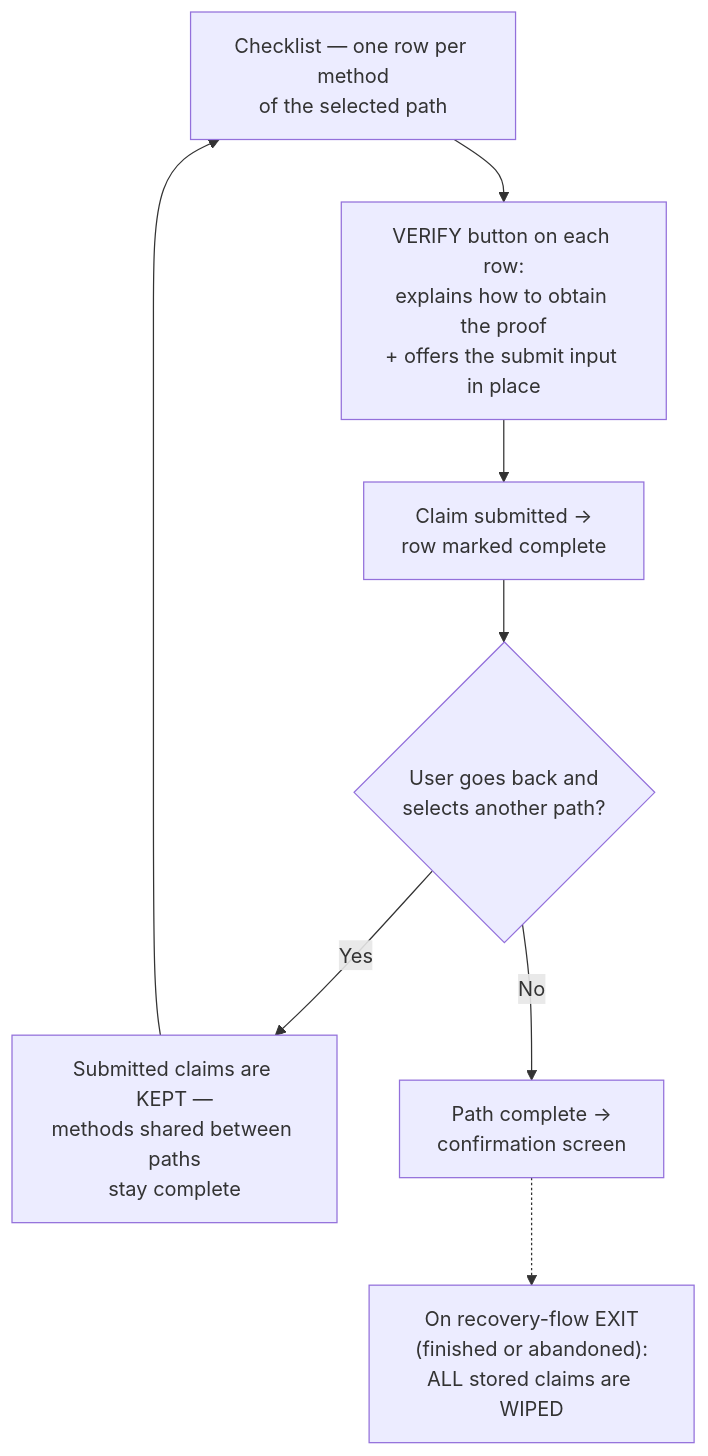
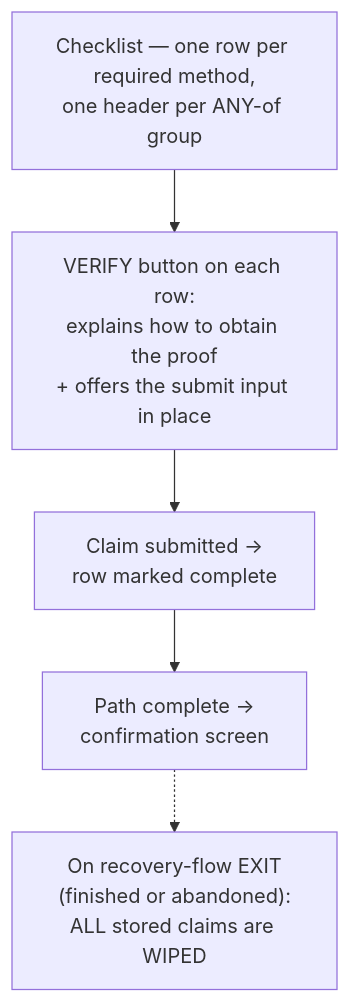
Before and after one commit to FiboAtWonder/kohaku-extension: the ninth of 14 diagrams in social-recovery-ux-flows.md, drawn with Mermaid. The commit also changed other lines of this file and 1 other file, not shown here.

Commit message:
docs: single-path model — decisions 73-78 (one recovery path, 24h floor, zk-email receive+upload, 4337 focus)

````diff
--- a/social-recovery-ux-flows.md
+++ b/social-recovery-ux-flows.md
@@ -371,10 +378,7 @@
 ```mermaid
 flowchart TD
-    A["Checklist — one row per method<br/>of the selected path"] --> B["VERIFY button on each row:<br/>explains how to obtain the proof<br/>+ offers the submit input in place"]
+    A["Checklist — one row per required method,<br/>one header per ANY-of group"] --> B["VERIFY button on each row:<br/>explains how to obtain the proof<br/>+ offers the submit input in place"]
     B --> C["Claim submitted →<br/>row marked complete"]
-    C --> D{"User goes back and<br/>selects another path?"}
-    D -- Yes --> E["Submitted claims are KEPT —<br/>methods shared between paths<br/>stay complete"]
-    E --> A
-    D -- No --> F["Path complete →<br/>confirmation screen"]
+    C --> F["Path complete →<br/>confirmation screen"]
     F -.-> G["On recovery-flow EXIT<br/>(finished or abandoned):<br/>ALL stored claims are WIPED"]
 ```
````
